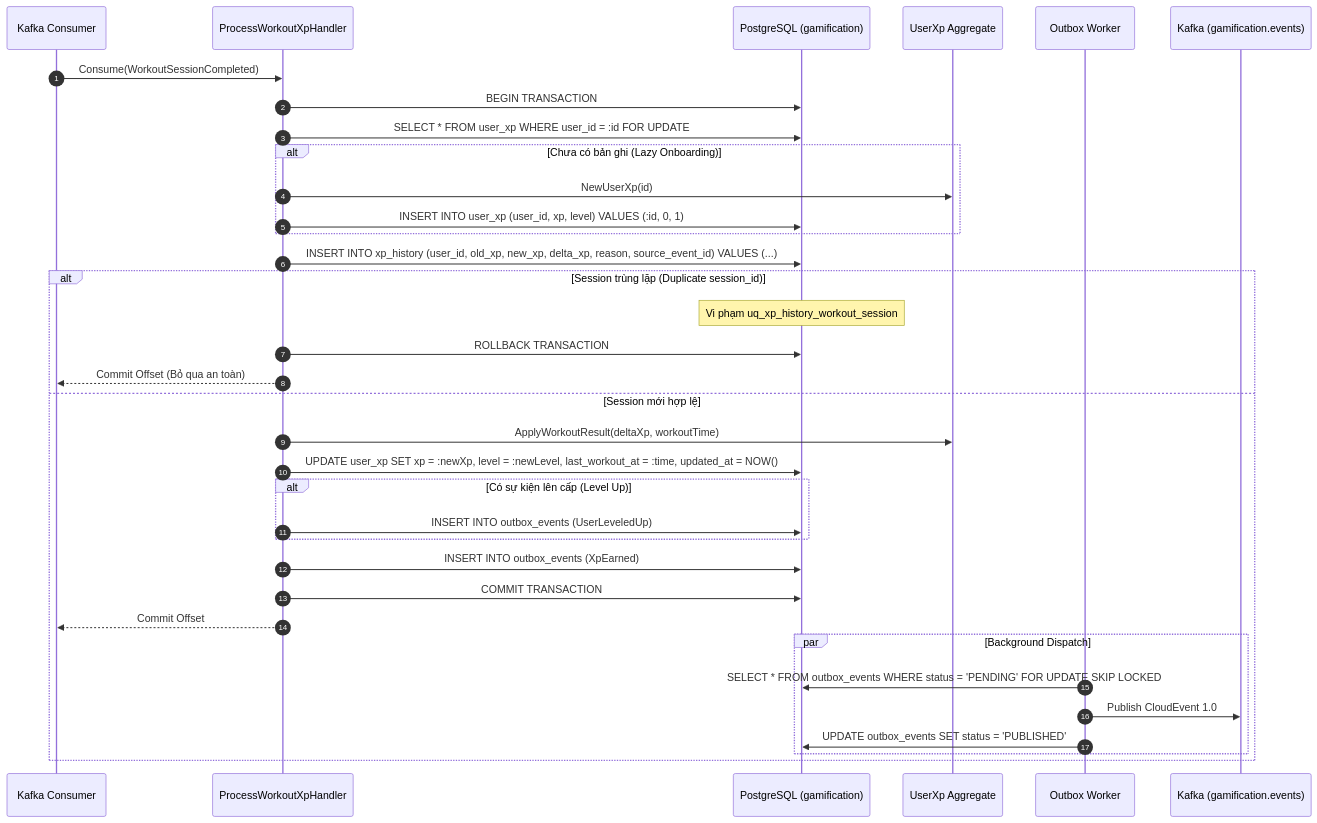
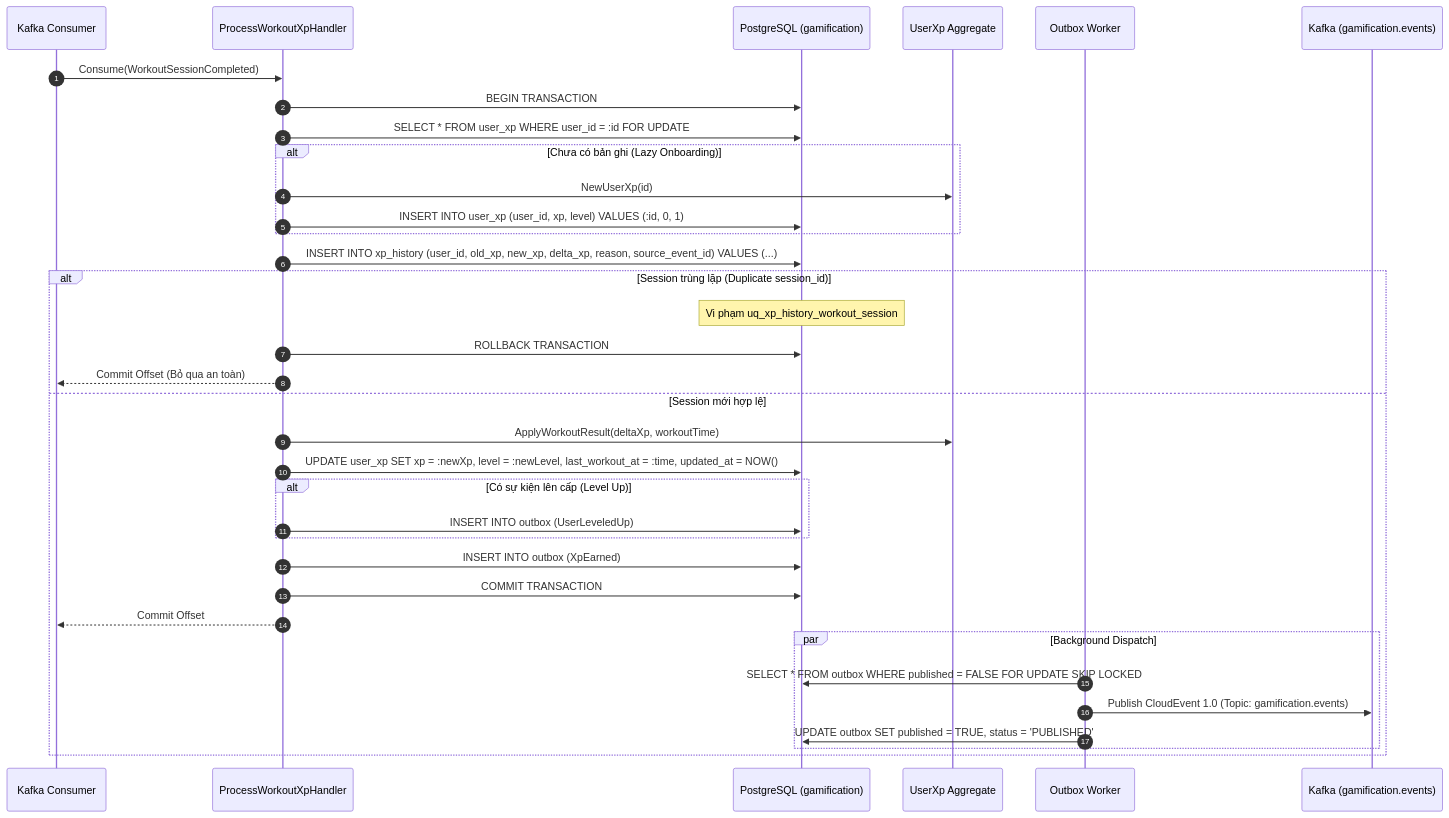
The third of 5 diagrams in internal/gamification/docs/features/xp-and-levels/02-design.md (viethung213/gym-companion), drawn with Mermaid before and after one commit. The commit also changed other lines of this file and 2 other files, not shown here.

Commit message:
docs(gamification): bổ sung đặc tả Transactional Outbox dùng chung toàn module và chuẩn hóa bảng outbox

````diff
--- a/internal/gamification/docs/features/xp-and-levels/02-design.md
+++ b/internal/gamification/docs/features/xp-and-levels/02-design.md
@@ -225,38 +214,38 @@
 ```mermaid
 sequenceDiagram
     autonumber
     participant K as Kafka Consumer
     participant App as ProcessWorkoutXpHandler
     participant DB as PostgreSQL (gamification)
     participant Domain as UserXp Aggregate
     participant OW as Outbox Worker
     participant EventBus as Kafka (gamification.events)
 
     K->>App: Consume(WorkoutSessionCompleted)
     App->>DB: BEGIN TRANSACTION
     App->>DB: SELECT * FROM user_xp WHERE user_id = :id FOR UPDATE
     alt Chưa có bản ghi (Lazy Onboarding)
         App->>Domain: NewUserXp(id)
         App->>DB: INSERT INTO user_xp (user_id, xp, level) VALUES (:id, 0, 1)
     end
     App->>DB: INSERT INTO xp_history (user_id, old_xp, new_xp, delta_xp, reason, source_event_id) VALUES (...)
     alt Session trùng lặp (Duplicate session_id)
         Note over DB: Vi phạm uq_xp_history_workout_session
         App->>DB: ROLLBACK TRANSACTION
         App-->>K: Commit Offset (Bỏ qua an toàn)
     else Session mới hợp lệ
         App->>Domain: ApplyWorkoutResult(deltaXp, workoutTime)
         App->>DB: UPDATE user_xp SET xp = :newXp, level = :newLevel, last_workout_at = :time, updated_at = NOW()
         alt Có sự kiện lên cấp (Level Up)
-            App->>DB: INSERT INTO outbox_events (UserLeveledUp)
+            App->>DB: INSERT INTO outbox (UserLeveledUp)
         end
-        App->>DB: INSERT INTO outbox_events (XpEarned)
+        App->>DB: INSERT INTO outbox (XpEarned)
         App->>DB: COMMIT TRANSACTION
         App-->>K: Commit Offset
         par Background Dispatch
-            OW->>DB: SELECT * FROM outbox_events WHERE status = 'PENDING' FOR UPDATE SKIP LOCKED
-            OW->>EventBus: Publish CloudEvent 1.0
-            OW->>DB: UPDATE outbox_events SET status = 'PUBLISHED'
+            OW->>DB: SELECT * FROM outbox WHERE published = FALSE FOR UPDATE SKIP LOCKED
+            OW->>EventBus: Publish CloudEvent 1.0 (Topic: gamification.events)
+            OW->>DB: UPDATE outbox SET published = TRUE, status = 'PUBLISHED'
         end
     end
 ```
````
